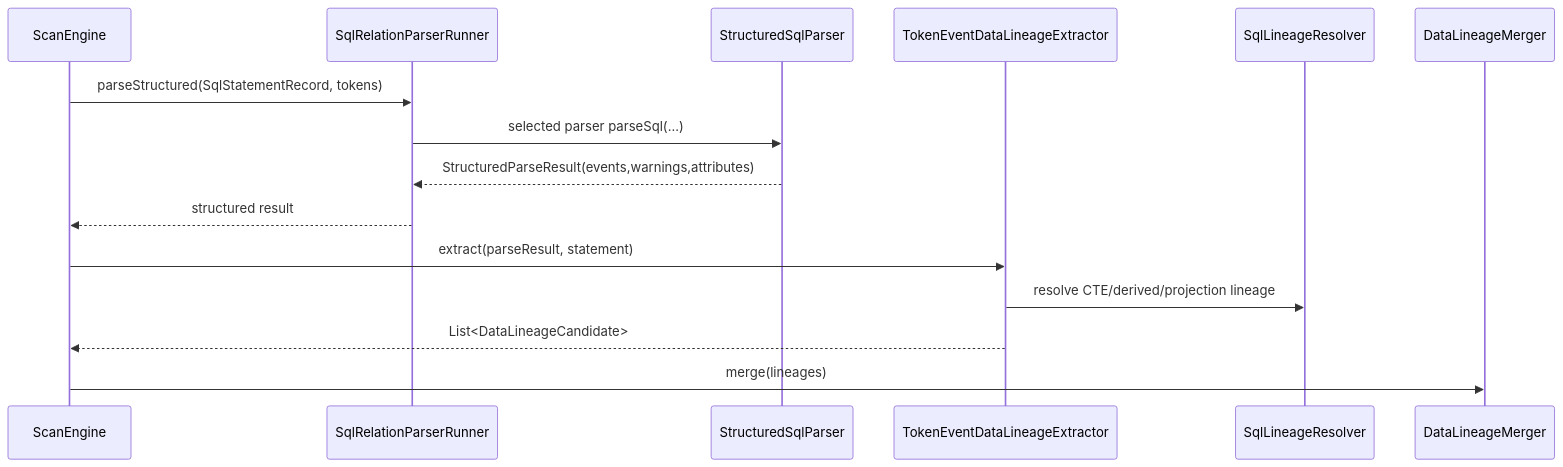
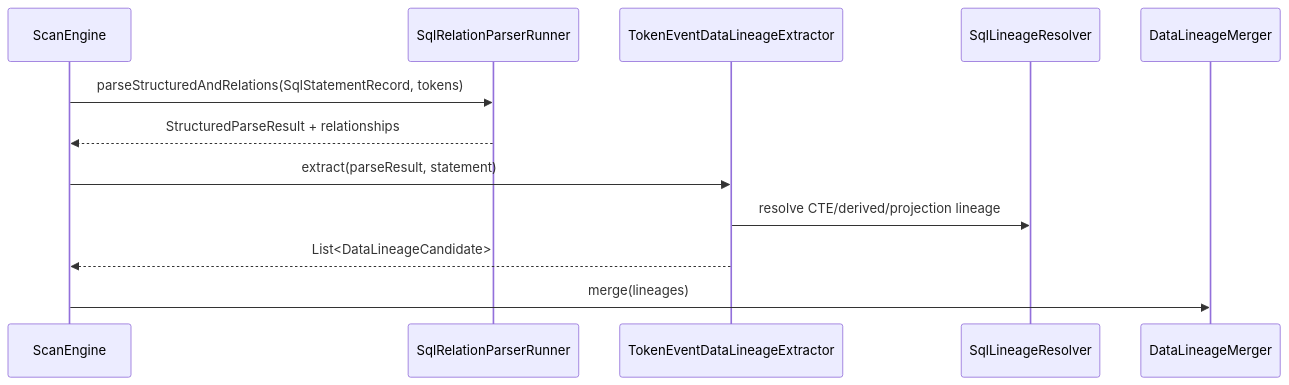
Before and after one commit to xiaoguang/relation-detector: the fourth of 7 diagrams in docs/design/relation-detector/phase-06-parser-enhancement.md, drawn with Mermaid. The commit also changed other lines of this file and 26 other files, not shown here.

````diff
--- a/docs/design/relation-detector/phase-06-parser-enhancement.md
+++ b/docs/design/relation-detector/phase-06-parser-enhancement.md
@@ -313,18 +315,15 @@
 ```mermaid
 sequenceDiagram
   participant SE as ScanEngine
   participant SR as SqlRelationParserRunner
-  participant SP as StructuredSqlParser
   participant LE as TokenEventDataLineageExtractor
   participant LR as SqlLineageResolver
   participant LM as DataLineageMerger
 
-  SE->>SR: parseStructured(SqlStatementRecord, tokens)
-  SR->>SP: selected parser parseSql(...)
-  SP-->>SR: StructuredParseResult(events,warnings,attributes)
-  SR-->>SE: structured result
+  SE->>SR: parseStructuredAndRelations(SqlStatementRecord, tokens)
+  SR-->>SE: StructuredParseResult + relationships
   SE->>LE: extract(parseResult, statement)
   LE->>LR: resolve CTE/derived/projection lineage
   LE-->>SE: List<DataLineageCandidate>
   SE->>LM: merge(lineages)
 ```
````
